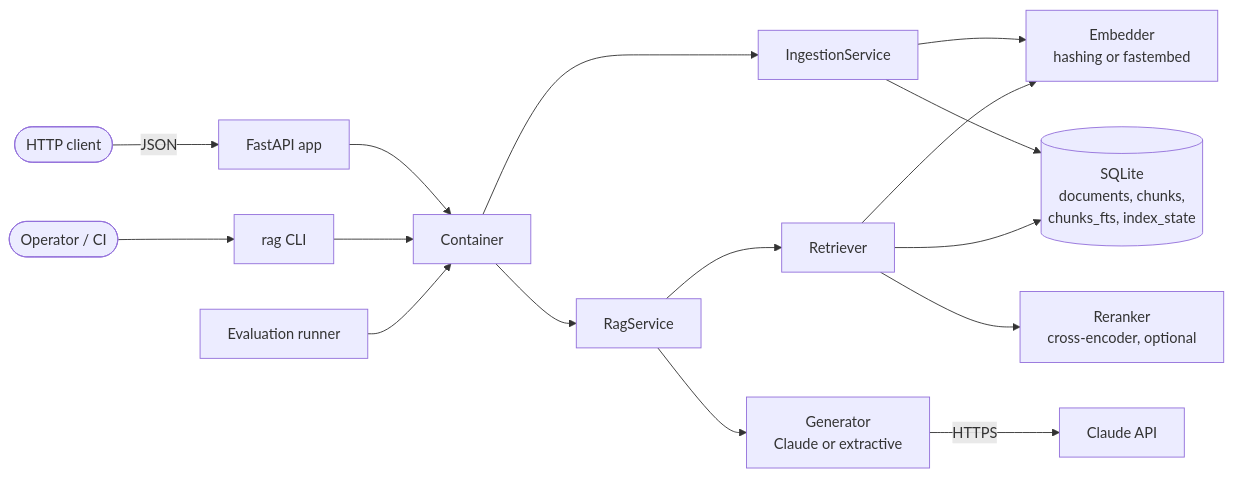
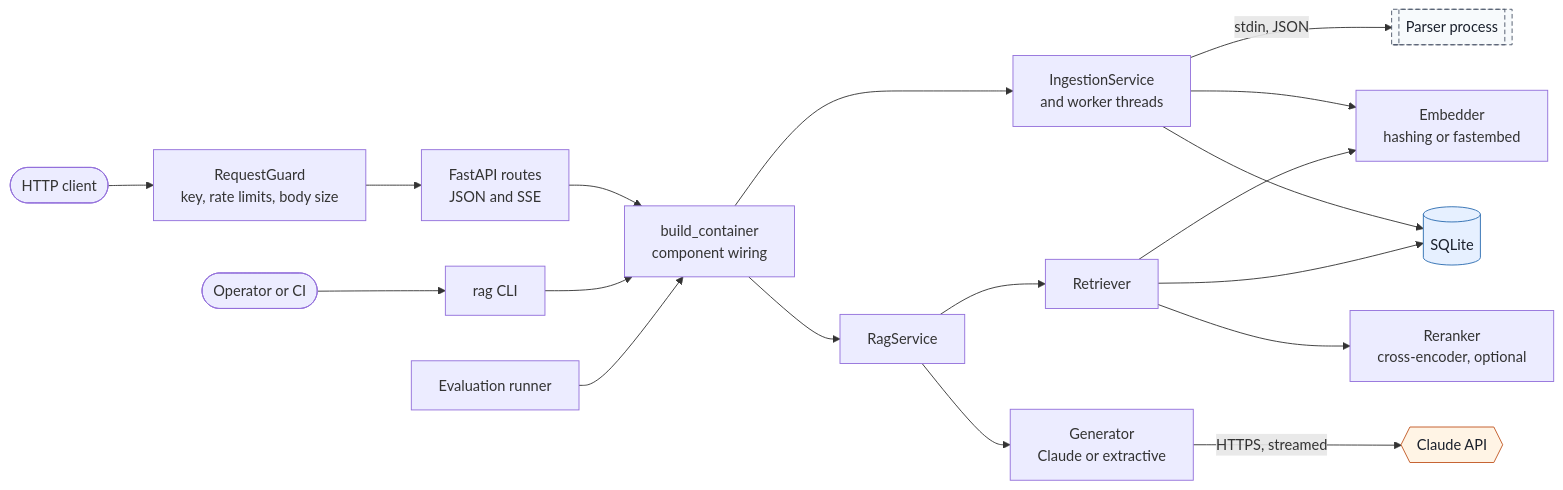
Before and after one commit to saicharan-nidiganti/production-rag: the first of 7 diagrams in docs/architecture.md, drawn with Mermaid. The commit also changed other lines of this file and 2 other files, not shown here.

First line of the commit message:
docs: rework the README, operations guide and architecture with new diagrams

````diff
--- a/docs/architecture.md
+++ b/docs/architecture.md
@@ -23,18 +23,26 @@
 ```mermaid
 flowchart LR
-    client([HTTP client]) -->|JSON| api[FastAPI app]
-    operator([Operator / CI]) --> cli[rag CLI]
-    api --> container[Container]
-    cli --> container
-    container --> ingestion[IngestionService]
-    container --> rag[RagService]
-    rag --> retriever[Retriever]
-    rag --> generator[Generator<br/>Claude or extractive]
-    ingestion --> embedder[Embedder<br/>hashing or fastembed]
+    http([HTTP client]) --> guard["RequestGuard<br/>key, rate limits, body size"] --> routes["FastAPI routes<br/>JSON and SSE"]
+    op([Operator or CI]) --> cli["rag CLI"]
+    evalr["Evaluation runner"]
+    routes --> wiring
+    cli --> wiring
+    evalr --> wiring
+    wiring["build_container<br/>component wiring"] --> ingestion["IngestionService<br/>and worker threads"]
+    wiring --> rag["RagService"]
+    ingestion -- "stdin, JSON" --> parser[["Parser process"]]
+    rag --> retriever["Retriever"]
+    rag --> generator["Generator<br/>Claude or extractive"]
+    retriever --> reranker["Reranker<br/>cross-encoder, optional"]
+    ingestion --> embedder["Embedder<br/>hashing or fastembed"]
     retriever --> embedder
-    retriever --> reranker[Reranker<br/>cross-encoder, optional]
-    ingestion --> db[(SQLite<br/>documents, chunks,<br/>chunks_fts, index_state)]
+    ingestion --> db[("SQLite")]
     retriever --> db
-    generator -->|HTTPS| claude[Claude API]
-    evalrunner[Evaluation runner] --> container
+    generator -- "HTTPS, streamed" --> claude{{"Claude API"}}
+    classDef external fill:#fff4e5,stroke:#c05621,color:#1a202c
+    classDef store fill:#e6f0ff,stroke:#2b6cb0,color:#1a202c
+    classDef isolated fill:#f7fafc,stroke:#4a5568,stroke-dasharray:5 3,color:#1a202c
+    class claude external
+    class db store
+    class parser isolated
 ```
````
